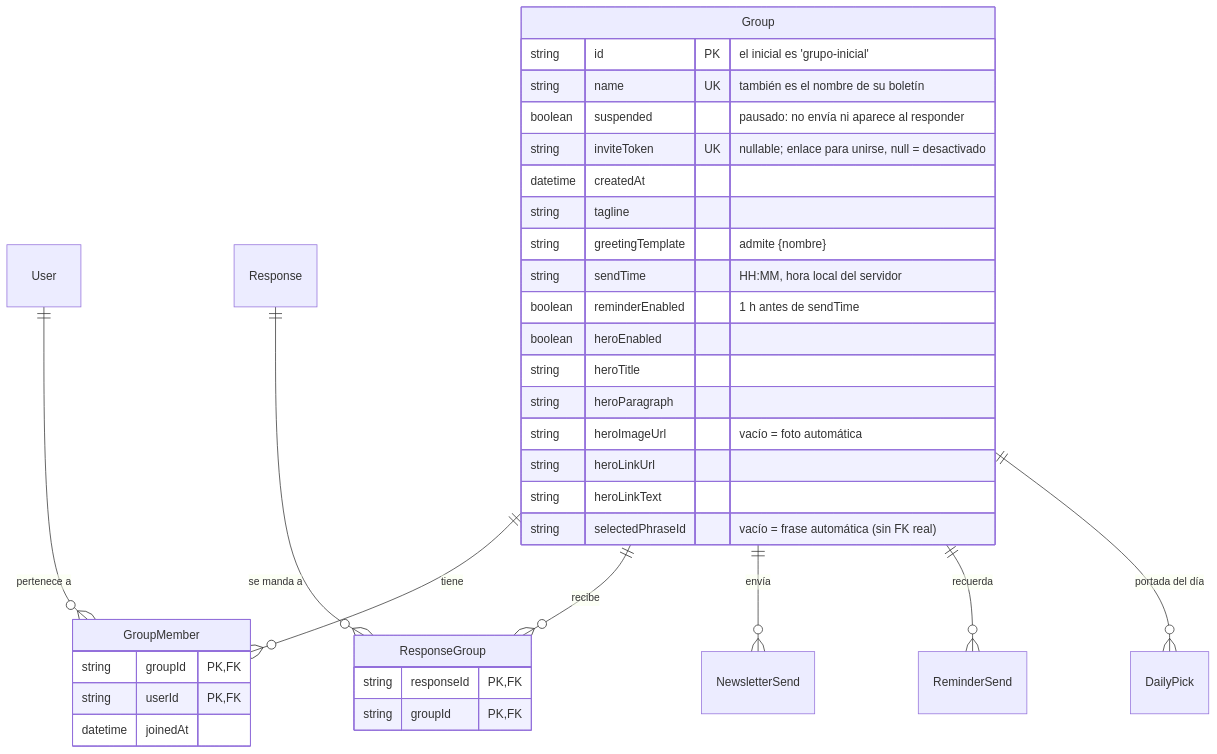
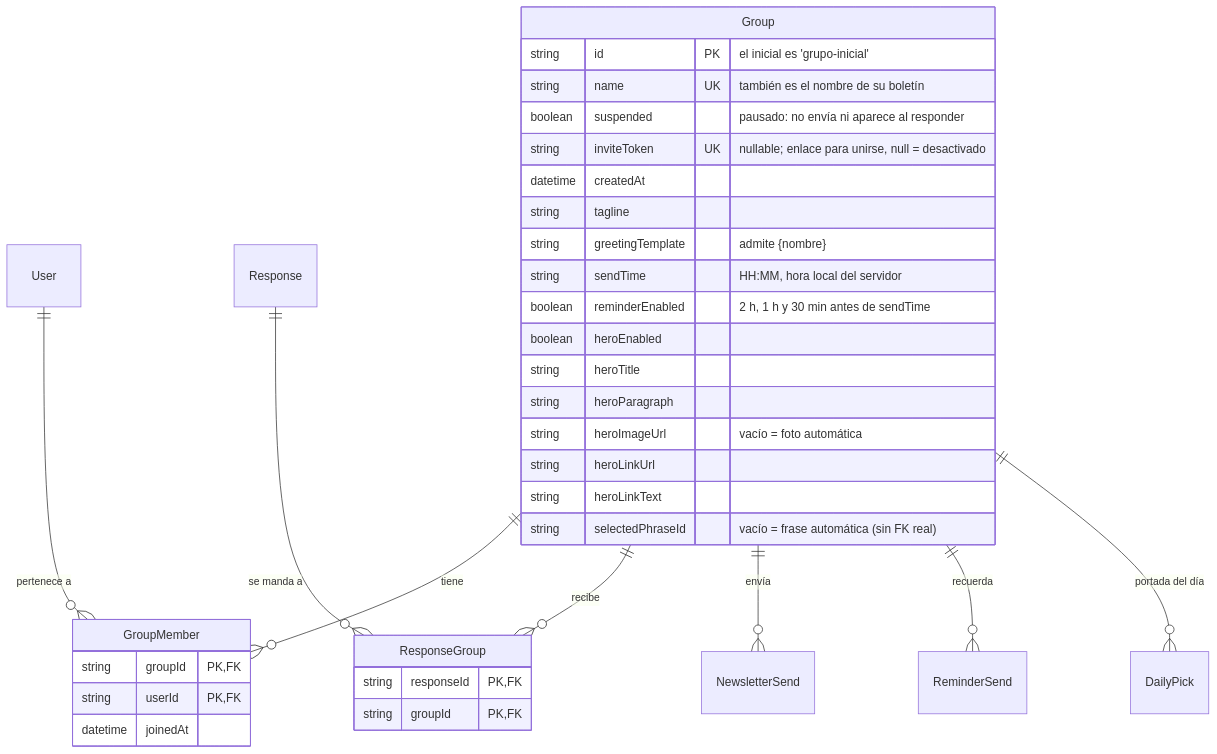
One commit to rominavc99/wygh-public changed the second of 4 diagrams in docs/BASE-DE-DATOS.md. Above: the diagram before and after it, drawn with Mermaid. The commit also changed other lines of this file and 7 other files, not shown here.

First line of the commit message:
Recordatorios: tres por boletín (2 h, 1 h y 30 min antes del envío)

````diff
--- a/docs/BASE-DE-DATOS.md
+++ b/docs/BASE-DE-DATOS.md
@@ -119,40 +119,40 @@
 ```mermaid
 erDiagram
     Group ||--o{ GroupMember : "tiene"
     User ||--o{ GroupMember : "pertenece a"
     Group ||--o{ ResponseGroup : "recibe"
     Response ||--o{ ResponseGroup : "se manda a"
     Group ||--o{ NewsletterSend : "envía"
     Group ||--o{ ReminderSend : "recuerda"
     Group ||--o{ DailyPick : "portada del día"
 
     Group {
         string id PK "el inicial es 'grupo-inicial'"
         string name UK "también es el nombre de su boletín"
         boolean suspended "pausado: no envía ni aparece al responder"
         string inviteToken UK "nullable; enlace para unirse, null = desactivado"
         datetime createdAt
         string tagline
         string greetingTemplate "admite {nombre}"
         string sendTime "HH:MM, hora local del servidor"
-        boolean reminderEnabled "1 h antes de sendTime"
+        boolean reminderEnabled "2 h, 1 h y 30 min antes de sendTime"
         boolean heroEnabled
         string heroTitle
         string heroParagraph
         string heroImageUrl "vacío = foto automática"
         string heroLinkUrl
         string heroLinkText
         string selectedPhraseId "vacío = frase automática (sin FK real)"
     }
 
     GroupMember {
         string groupId PK,FK
         string userId PK,FK
         datetime joinedAt
     }
 
     ResponseGroup {
         string responseId PK,FK
         string groupId PK,FK
     }
 ```
````
